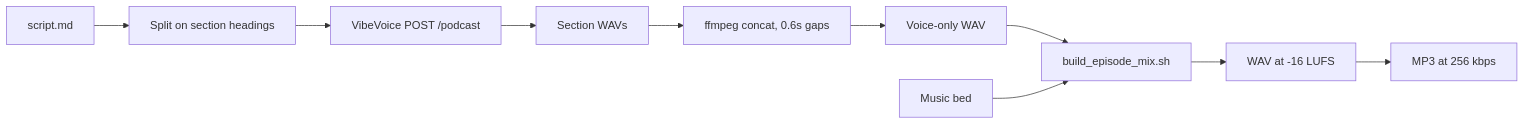
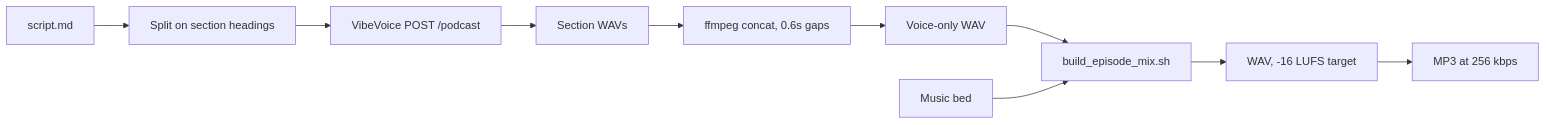
One commit to Unicorn-Commander/Podcast-Ops changed the first of 2 diagrams in README.md. Above: the diagram before and after it, drawn with Mermaid. The commit also changed other lines of this file, not shown here.

````diff
--- a/README.md
+++ b/README.md
@@ -44,12 +44,12 @@
 ```mermaid
 flowchart LR
   script["script.md"] --> split["Split on section headings"]
   split --> vv["VibeVoice POST /podcast"]
   vv --> parts["Section WAVs"]
   parts --> concat["ffmpeg concat, 0.6s gaps"]
   concat --> voice["Voice-only WAV"]
   voice --> mix["build_episode_mix.sh"]
   bed["Music bed"] --> mix
-  mix --> master["WAV at -16 LUFS"]
+  mix --> master["WAV, -16 LUFS target"]
   master --> mp3["MP3 at 256 kbps"]
 ```
````
